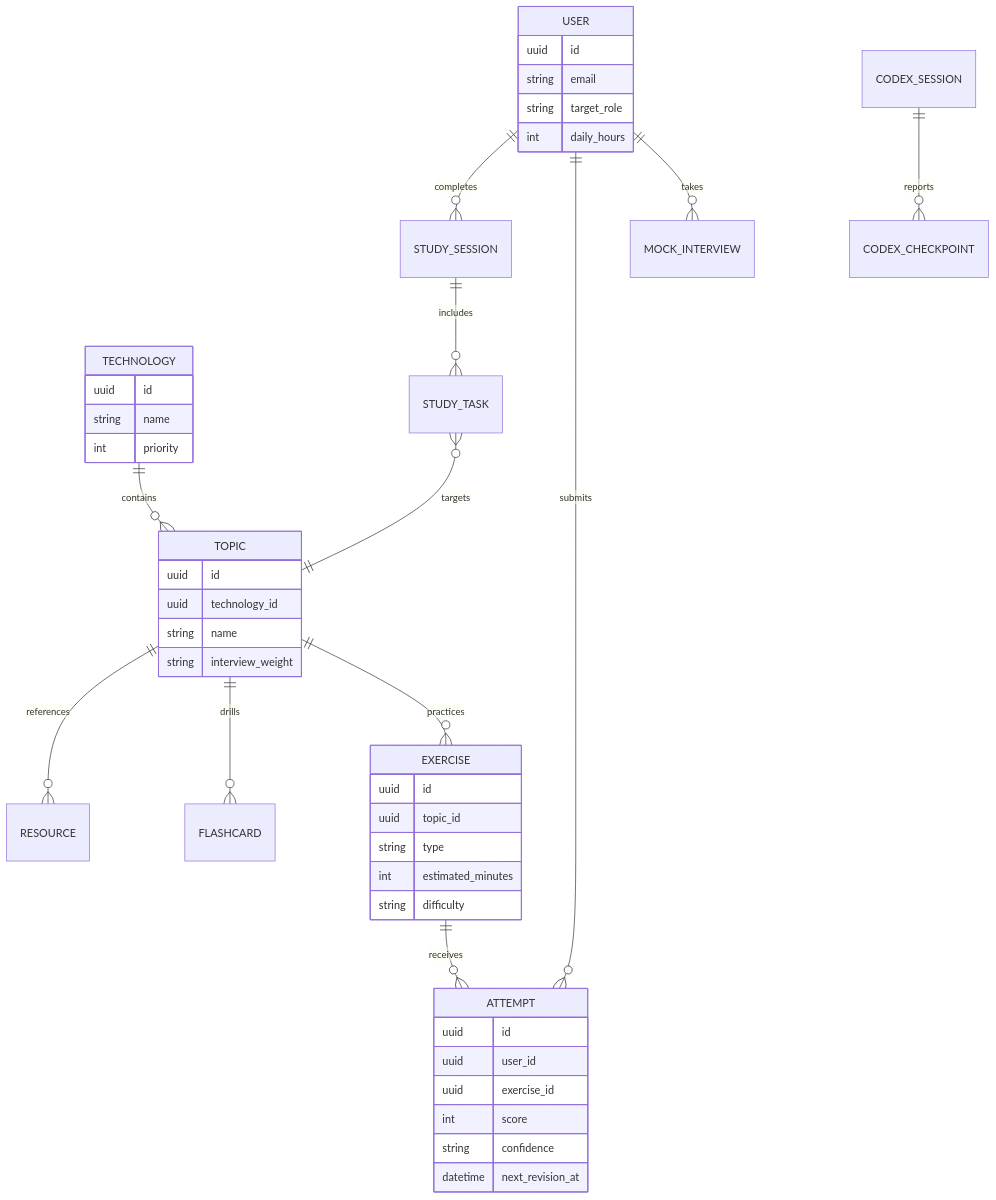
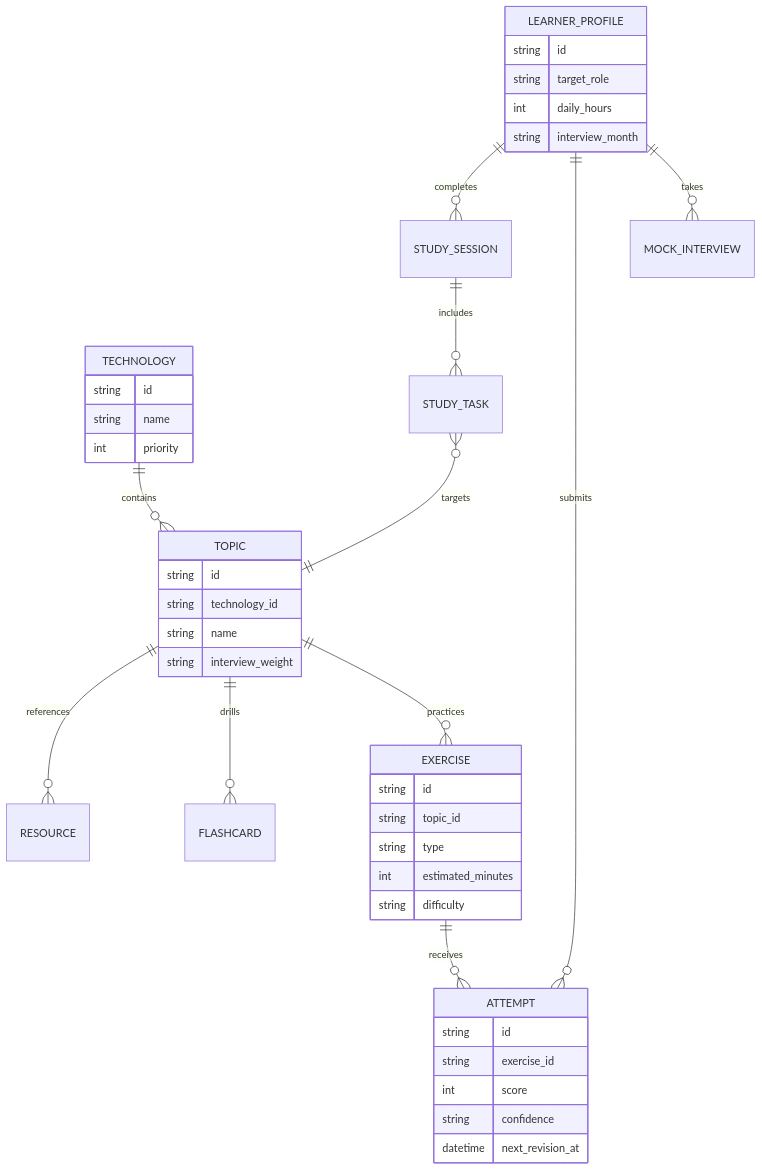
The third of 6 diagrams in docs/architecture.md (enkay01/intervew-prep-app), drawn with Mermaid before and after one commit. The commit also changed other lines of this file and 6 other files, not shown here.

````diff
--- a/docs/architecture.md
+++ b/docs/architecture.md
@@ -51,47 +52,45 @@
 ```mermaid
 erDiagram
-  USER ||--o{ STUDY_SESSION : completes
-  USER ||--o{ ATTEMPT : submits
-  USER ||--o{ MOCK_INTERVIEW : takes
+  LEARNER_PROFILE ||--o{ STUDY_SESSION : completes
+  LEARNER_PROFILE ||--o{ ATTEMPT : submits
+  LEARNER_PROFILE ||--o{ MOCK_INTERVIEW : takes
   TECHNOLOGY ||--o{ TOPIC : contains
   TOPIC ||--o{ RESOURCE : references
   TOPIC ||--o{ FLASHCARD : drills
   TOPIC ||--o{ EXERCISE : practices
   EXERCISE ||--o{ ATTEMPT : receives
   STUDY_SESSION ||--o{ STUDY_TASK : includes
   STUDY_TASK }o--|| TOPIC : targets
-  CODEX_SESSION ||--o{ CODEX_CHECKPOINT : reports
 
-  USER {
-    uuid id
-    string email
+  LEARNER_PROFILE {
+    string id
     string target_role
     int daily_hours
+    string interview_month
   }
   TECHNOLOGY {
-    uuid id
+    string id
     string name
     int priority
   }
   TOPIC {
-    uuid id
-    uuid technology_id
+    string id
+    string technology_id
     string name
     string interview_weight
   }
   EXERCISE {
-    uuid id
-    uuid topic_id
+    string id
+    string topic_id
     string type
     int estimated_minutes
     string difficulty
   }
   ATTEMPT {
-    uuid id
-    uuid user_id
-    uuid exercise_id
+    string id
+    string exercise_id
     int score
     string confidence
     datetime next_revision_at
   }
 ```
````
